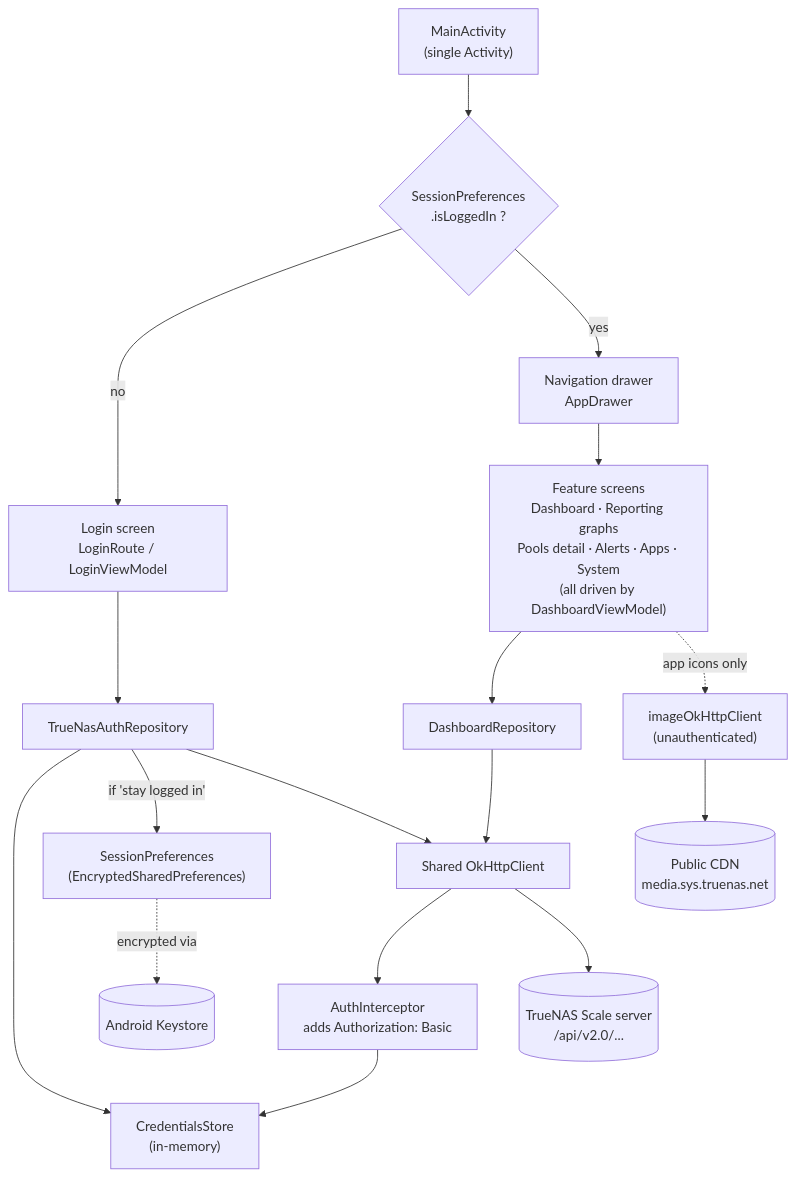
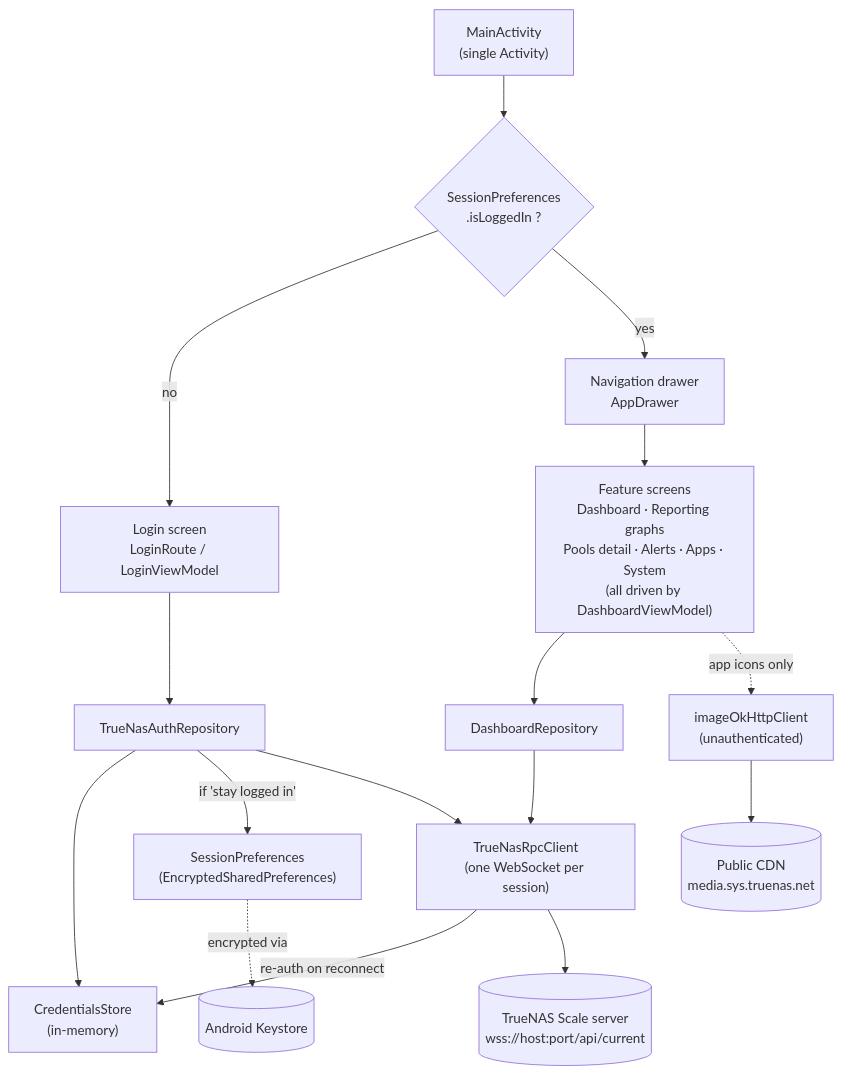
Before and after one commit to naorleizer/Nas-Manager-App: the diagram in README.md, drawn with Mermaid. The commit also changed other lines of this file and 2 other files, not shown here.

Commit message:
Docs: WebSocket JSON-RPC migration (README, CLAUDE.md, WS_MIGRATION.md)

````diff
--- a/README.md
+++ b/README.md
@@ -17,24 +19,23 @@
 ```mermaid
 graph TB
     MainActivity["MainActivity<br/>(single Activity)"] --> IsLoggedIn{"SessionPreferences<br/>.isLoggedIn ?"}
     IsLoggedIn -->|no| LoginScreen["Login screen<br/>LoginRoute / LoginViewModel"]
     IsLoggedIn -->|yes| Drawer["Navigation drawer<br/>AppDrawer"]
     Drawer --> FeatureScreens["Feature screens<br/>Dashboard · Reporting graphs<br/>Pools detail · Alerts · Apps · System<br/>(all driven by DashboardViewModel)"]
 
     LoginScreen --> AuthRepo["TrueNasAuthRepository"]
     FeatureScreens --> DashRepo["DashboardRepository"]
 
     AuthRepo --> CredStore["CredentialsStore<br/>(in-memory)"]
     AuthRepo -->|"if 'stay logged in'"| SessionPrefs["SessionPreferences<br/>(EncryptedSharedPreferences)"]
-    AuthRepo --> OkHttp["Shared OkHttpClient"]
-    DashRepo --> OkHttp
+    AuthRepo --> Rpc["TrueNasRpcClient<br/>(one WebSocket per session)"]
+    DashRepo --> Rpc
+    Rpc -->|"re-auth on reconnect"| CredStore
 
-    OkHttp --> AuthInterceptor["AuthInterceptor<br/>adds Authorization: Basic"]
-    AuthInterceptor --> CredStore
-    OkHttp --> TrueNAS[("TrueNAS Scale server<br/>/api/v2.0/...")]
+    Rpc --> TrueNAS[("TrueNAS Scale server<br/>wss://host:port/api/current")]
 
     FeatureScreens -. app icons only .-> ImageClient["imageOkHttpClient<br/>(unauthenticated)"]
     ImageClient --> CDN[("Public CDN<br/>media.sys.truenas.net")]
 
     SessionPrefs -. encrypted via .-> Keystore[("Android Keystore")]
 ```
````
